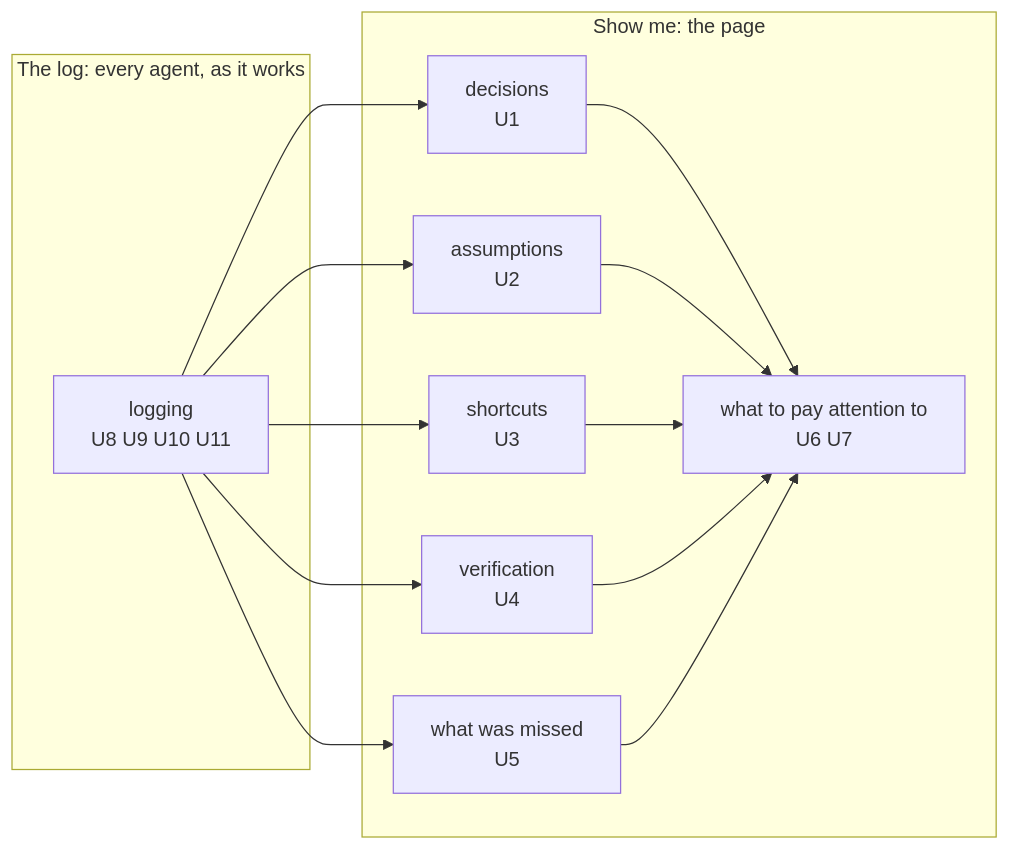
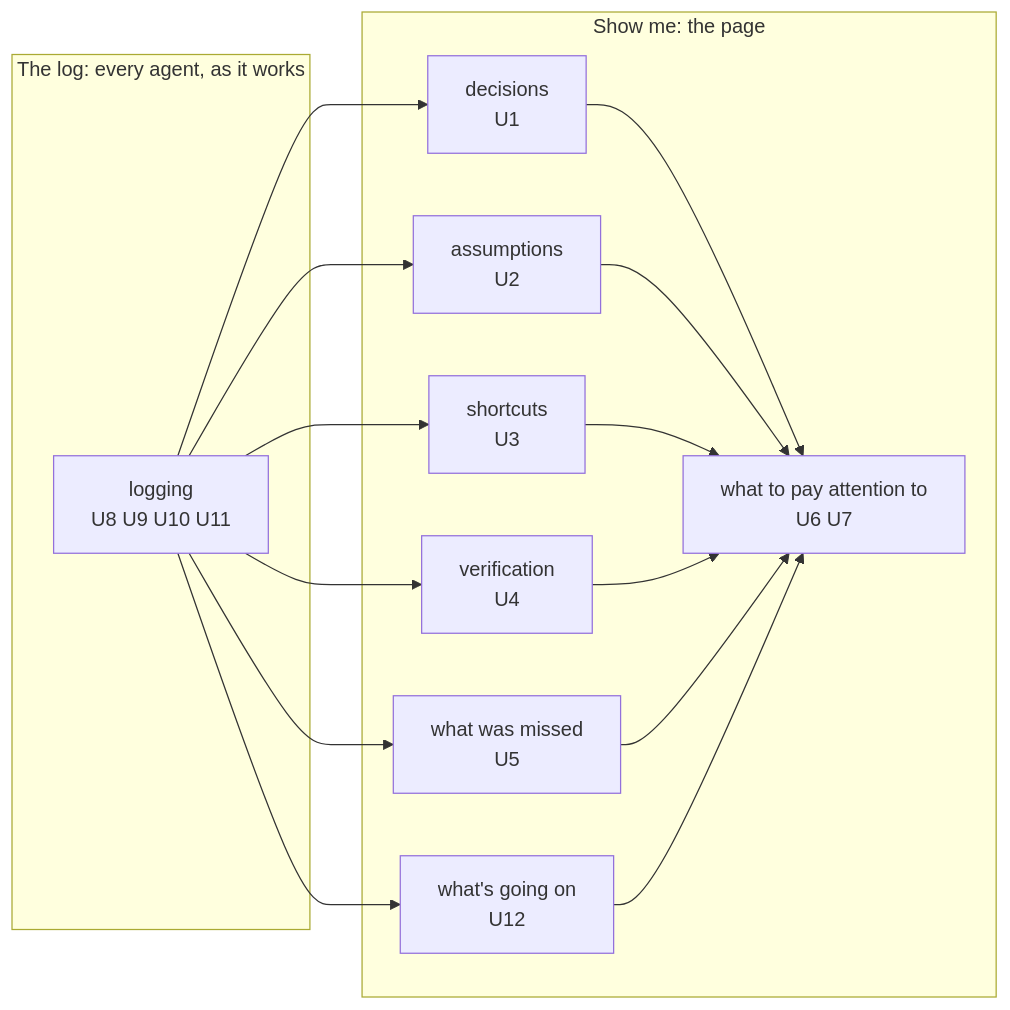
Before and after one commit to ShravanSunder/sunstack: the diagram in docs/wip/skills-authoring/2026-11-06-show-me-your-work-record/requirements.md, drawn with Mermaid. The commit also changed other lines of this file and 12 other files, not shown here.

Commit message:
docs(smyw-record): review round 1: U12/R24 what's going on per workstream, two-step write with replayed ids, second-hand rows missed, writer keys by session, full own-call oracle, real retry probe, phone width, agent index

````diff
--- a/docs/wip/skills-authoring/2026-11-06-show-me-your-work-record/requirements.md
+++ b/docs/wip/skills-authoring/2026-11-06-show-me-your-work-record/requirements.md
@@ -78,24 +79,27 @@
 ```mermaid
 flowchart LR
   subgraph log["The log: every agent, as it works"]
     G["logging<br/>U8 U9 U10 U11"]
   end
   subgraph show["Show me: the page"]
     D["decisions<br/>U1"]
     A["assumptions<br/>U2"]
     S["shortcuts<br/>U3"]
     V["verification<br/>U4"]
     M["what was missed<br/>U5"]
+    W["what's going on<br/>U12"]
     T["what to pay attention to<br/>U6 U7"]
   end
   G --> D
   G --> A
   G --> S
   G --> V
   G --> M
+  G --> W
   D --> T
   A --> T
   S --> T
   V --> T
   M --> T
+  W --> T
 ```
````
